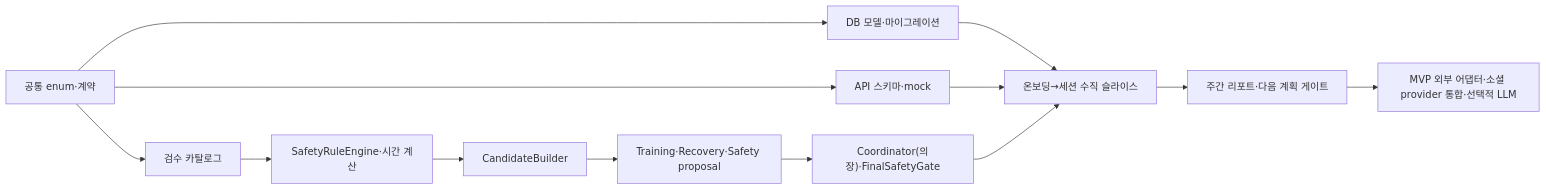
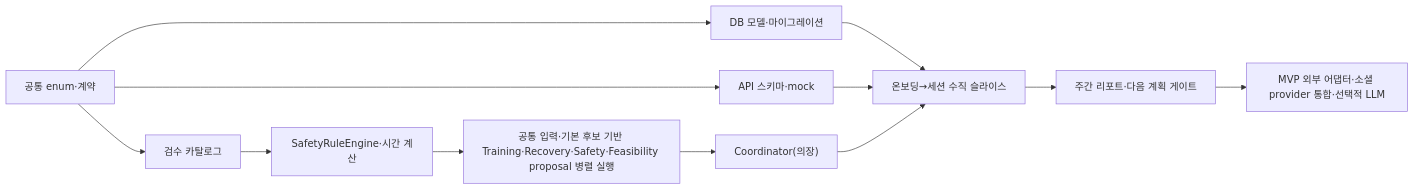
One commit to SKNETWORKS-FAMILY-AICAMP/SKN30-FINAL-5Team changed the diagram in docs/IMPLEMENTATION_PLAN.md. Above: the diagram before and after it, drawn with Mermaid. The commit also changed other lines of this file and 24 other files, not shown here.

````diff
--- a/docs/IMPLEMENTATION_PLAN.md
+++ b/docs/IMPLEMENTATION_PLAN.md
@@ -21,15 +21,14 @@
 ```mermaid
 flowchart LR
   C["공통 enum·계약"] --> CAT["검수 카탈로그"]
   C --> DB["DB 모델·마이그레이션"]
   C --> API["API 스키마·mock"]
   CAT --> RULE["SafetyRuleEngine·시간 계산"]
-  RULE --> CAND["CandidateBuilder"]
-  CAND --> AG["Training·Recovery·Safety proposal"]
-  AG --> COORD["Coordinator(의장)·FinalSafetyGate"]
+  RULE --> AG["공통 입력·기본 후보 기반 Training·Recovery·Safety·Feasibility proposal 병렬 실행"]
+  AG --> COORD["Coordinator(의장)"]
   DB --> FLOW["온보딩→세션 수직 슬라이스"]
   API --> FLOW
   COORD --> FLOW
   FLOW --> WEEK["주간 리포트·다음 계획 게이트"]
   WEEK --> OPT["MVP 외부 어댑터·소셜 provider 통합·선택적 LLM"]
 ```
````
